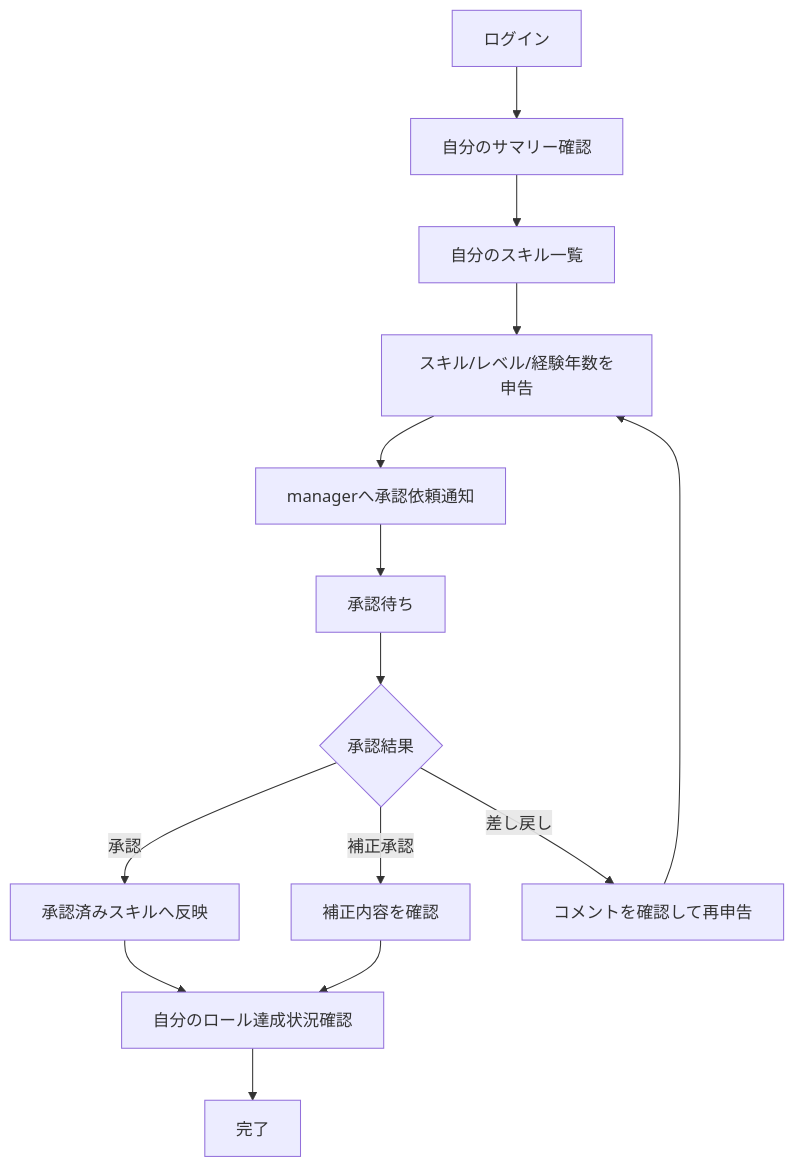
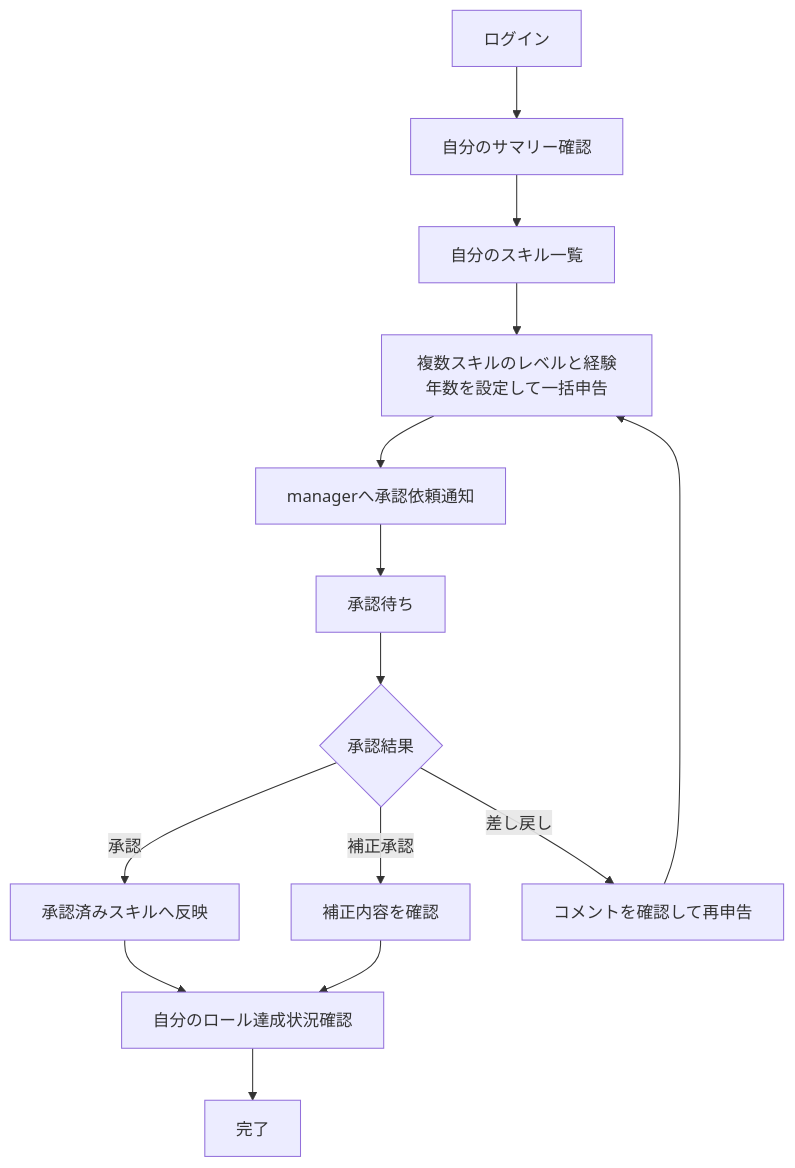
One commit to yoshiki-mizuho/Beijing-Talentmanegement changed the fourth of 5 diagrams in docs/SCREEN_AND_FLOW.md. Above: the diagram before and after it, drawn with Mermaid. The commit also changed other lines of this file and 21 other files, not shown here.

````diff
--- a/docs/SCREEN_AND_FLOW.md
+++ b/docs/SCREEN_AND_FLOW.md
@@ -116,16 +114,16 @@
 ```mermaid
 flowchart TD
   Start[ログイン] --> Dashboard[自分のサマリー確認]
   Dashboard --> MySkills[自分のスキル一覧]
-  MySkills --> Submit[スキル/レベル/経験年数を申告]
+  MySkills --> Submit[複数スキルのレベルと経験年数を設定して一括申告]
   Submit --> NotifyManager[managerへ承認依頼通知]
   NotifyManager --> Wait[承認待ち]
   Wait --> Result{承認結果}
   Result -->|承認| Approved[承認済みスキルへ反映]
   Result -->|補正承認| Corrected[補正内容を確認]
   Result -->|差し戻し| Revise[コメントを確認して再申告]
   Approved --> Roles[自分のロール達成状況確認]
   Corrected --> Roles
   Revise --> Submit
   Roles --> Done[完了]
 ```
````
